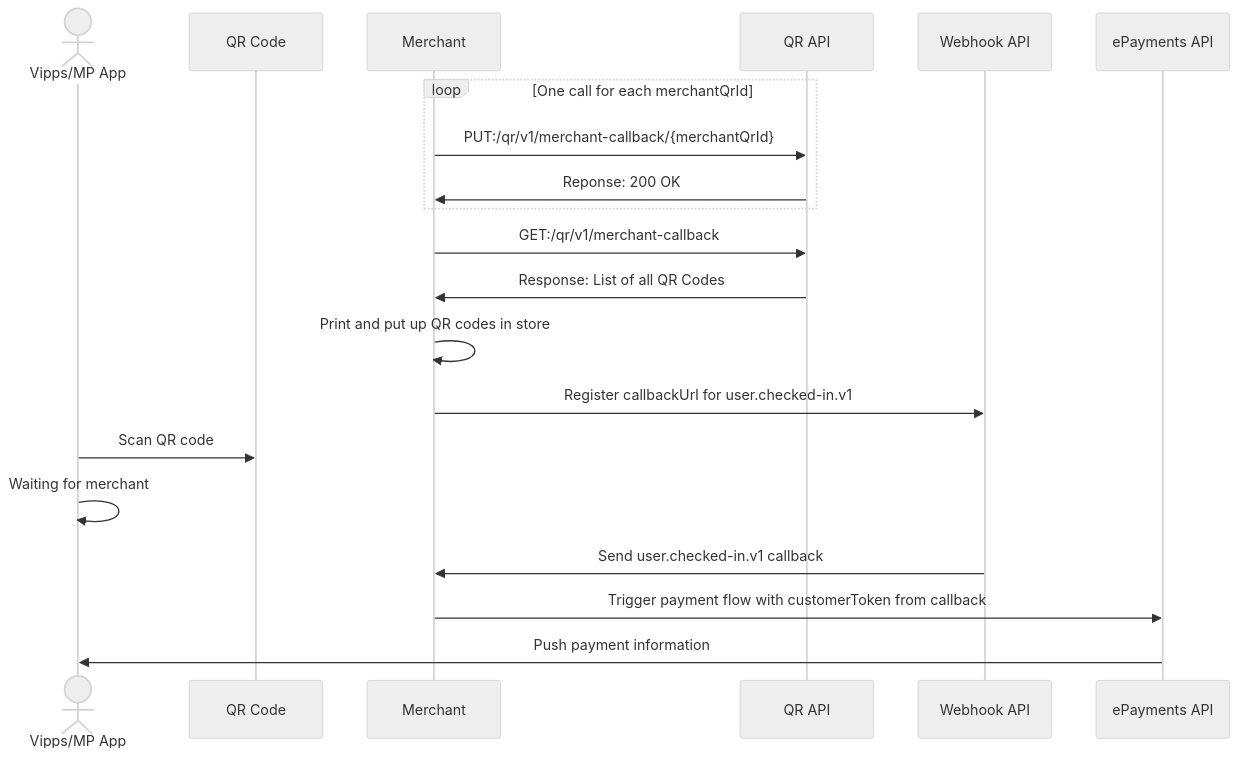
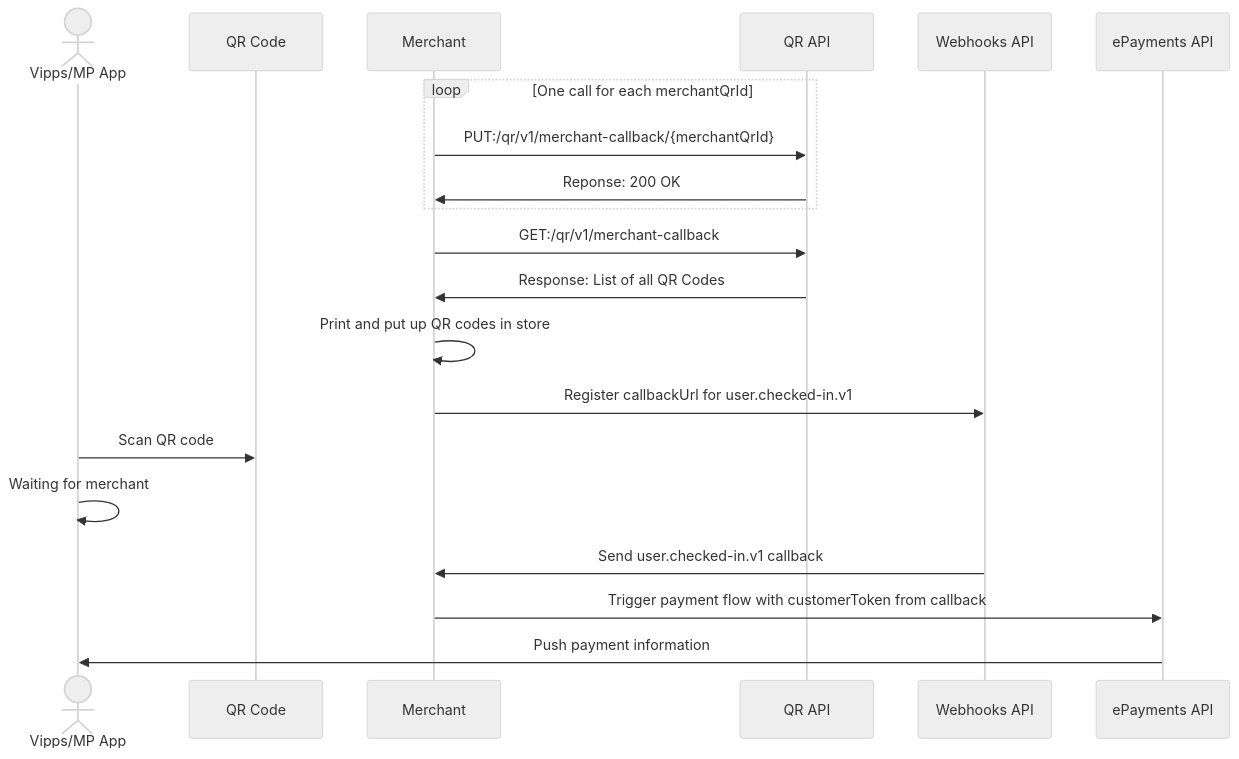
One commit to vippsas/vipps-qr-api changed the diagram in vipps-qr-api.md. Above: the diagram before and after it, drawn with Mermaid (neutral theme).

````diff
--- a/vipps-qr-api.md
+++ b/vipps-qr-api.md
@@ -423,31 +423,31 @@
 ``` mermaid
 sequenceDiagram
   actor user as Vipps/MP App
   participant qr as QR Code
   participant Merchant
   participant qrApi as QR API
-  participant webhook as Webhook API
+  participant webhooks as Webhooks API
   participant ePayment as ePayments API
 
   loop One call for each merchantQrId
     Merchant ->> qrApi: PUT:/qr/v1/merchant-callback/{merchantQrId}
     qrApi ->> Merchant: Reponse: 200 OK
   end
 
   Merchant ->> qrApi: GET:/qr/v1/merchant-callback
   qrApi ->> Merchant: Response: List of all QR Codes
 
   Merchant ->> Merchant: Print and put up QR codes in store
 
-  Merchant ->> webhook: Register callbackUrl for user.checked-in.v1
+  Merchant ->> webhooks: Register callbackUrl for user.checked-in.v1
 
   
   user ->> qr: Scan QR code
   user ->> user: Waiting for merchant
 
-  webhook ->> Merchant: Send user.checked-in.v1 callback
+  webhooks ->> Merchant: Send user.checked-in.v1 callback
 
   Merchant ->> ePayment: Trigger payment flow with customerToken from callback
   ePayment ->> user: Push payment information
 
 ```
````
